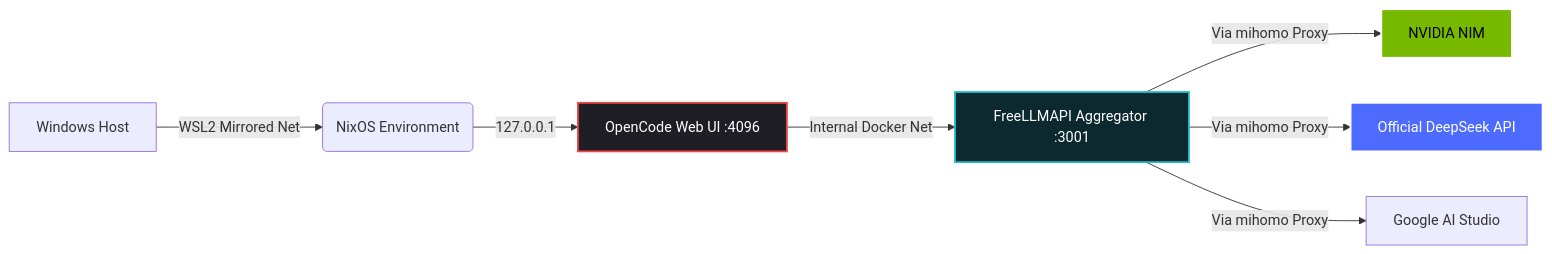
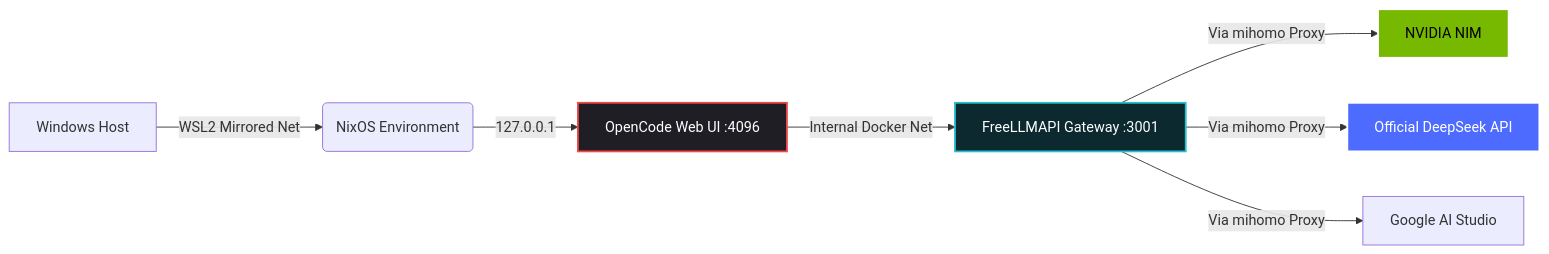
The diagram in README.md (glitch-city-ghost/hydr4-agent), drawn with Mermaid before and after one commit. The commit also changed other lines of this file and 17 other files, not shown here.

Commit message:
refactor: rename aggregator to gateway

````diff
--- a/README.md
+++ b/README.md
@@ -49,15 +49,15 @@
 ```mermaid
 graph LR
     A[Windows Host] -->|WSL2 Mirrored Net| B(NixOS Environment)
     B -->|127.0.0.1| C[OpenCode Web UI :4096]
-    C -->|Internal Docker Net| D[FreeLLMAPI Aggregator :3001]
+    C -->|Internal Docker Net| D[FreeLLMAPI Gateway :3001]
     
     D -->|Via mihomo Proxy| E[NVIDIA NIM]
     D -->|Via mihomo Proxy| F[Official DeepSeek API]
     D -->|Via mihomo Proxy| G[Google AI Studio]
     
     style C fill:#1E1E24,stroke:#F24848,stroke-width:2px,color:#fff
     style D fill:#0B292F,stroke:#29BECC,stroke-width:2px,color:#fff
     style E fill:#76B900,stroke:#fff,stroke-width:2px,color:#000
     style F fill:#4D6BFE,stroke:#fff,stroke-width:2px,color:#fff
 ```
````
